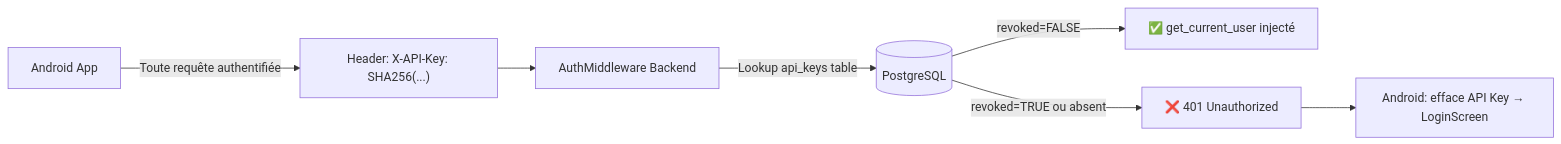
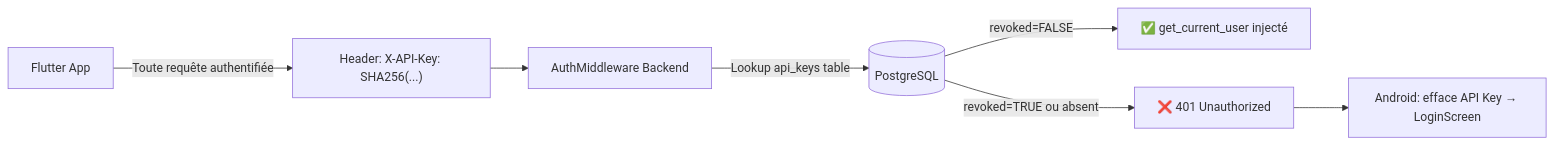
Before and after one commit to gaelgael5/mycoach: the second of 10 diagrams in docs/FLOWS_00_ARCHITECTURE.md, drawn with Mermaid. The commit also changed other lines of this file and 81 other files, not shown here.

First line of the commit message:
feat: Flutter multi-platform frontend (Android + iOS + Web)

````diff
--- a/docs/FLOWS_00_ARCHITECTURE.md
+++ b/docs/FLOWS_00_ARCHITECTURE.md
@@ -61,9 +61,9 @@
 ```mermaid
 flowchart LR
-    A[Android App] -->|Toute requête authentifiée| H["Header: X-API-Key: SHA256(...)"]
+    A[Flutter App] -->|Toute requête authentifiée| H["Header: X-API-Key: SHA256(...)"]
     H --> MW[AuthMiddleware Backend]
     MW -->|Lookup api_keys table| DB[(PostgreSQL)]
     DB -->|revoked=FALSE| OK[✅ get_current_user injecté]
     DB -->|revoked=TRUE ou absent| ERR[❌ 401 Unauthorized]
     ERR --> APP[Android: efface API Key → LoginScreen]
 ```
````
